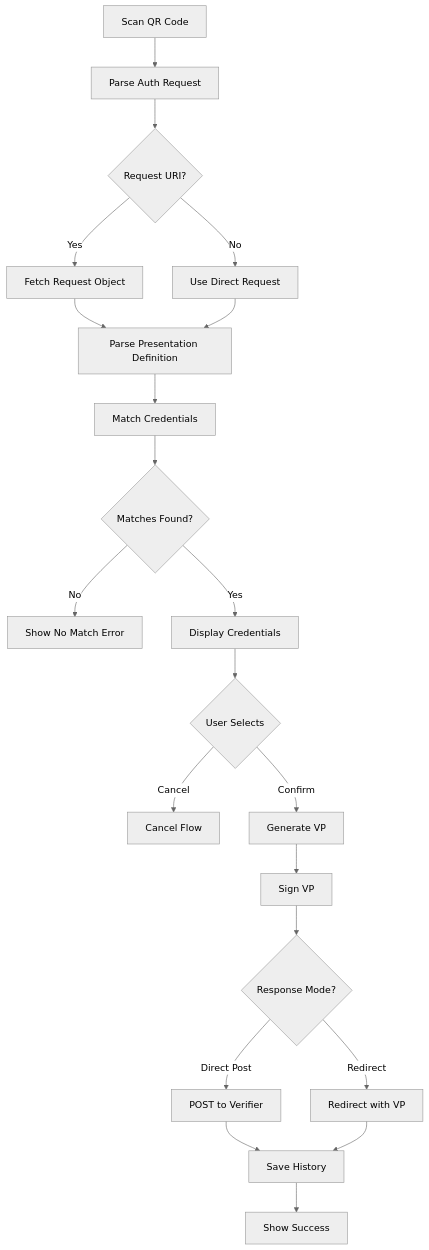
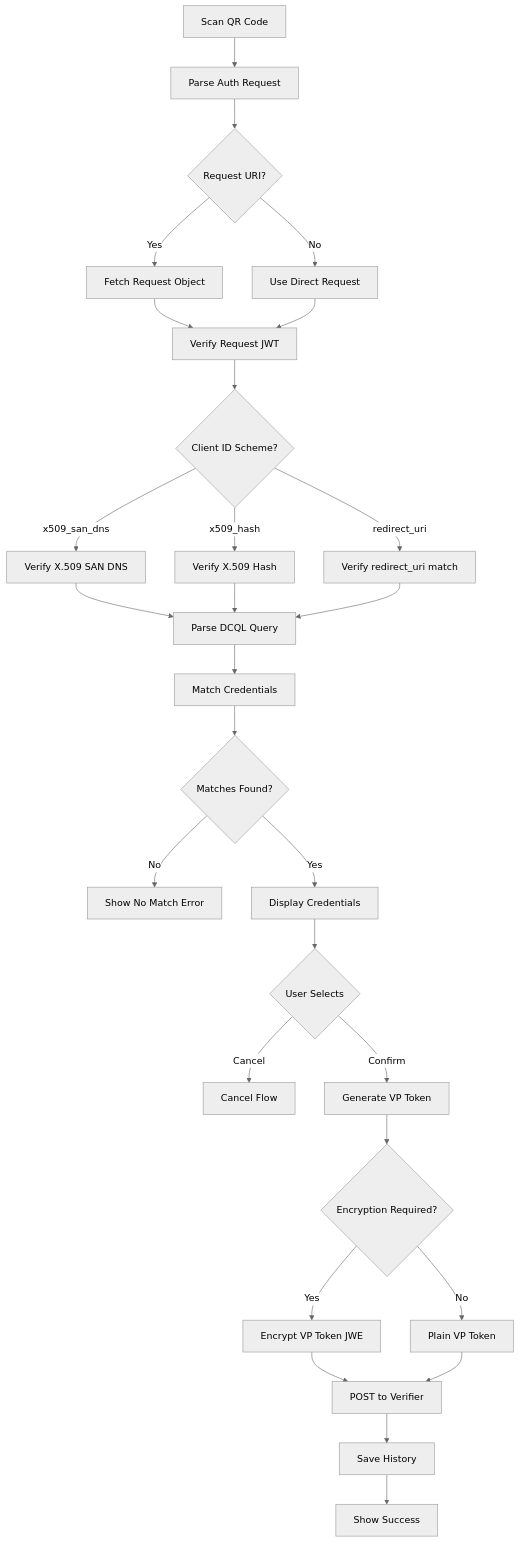
One commit to ryosuke-wakaba/OWND-Wallet-iOS changed the diagram in docs/features/credential-presentation.md. Above: the diagram before and after it, drawn with Mermaid (neutral theme). The commit also changed other lines of this file, not shown here.

First line of the commit message:
docs: Update credential-presentation.md for OID4VP 1.0

````diff
--- a/docs/features/credential-presentation.md
+++ b/docs/features/credential-presentation.md
@@ -109,23 +137,30 @@
 ```mermaid
 graph TD
     A[Scan QR Code] --> B[Parse Auth Request]
     B --> C{Request URI?}
     C -->|Yes| D[Fetch Request Object]
     C -->|No| E[Use Direct Request]
-    D --> F[Parse Presentation Definition]
+    D --> F[Verify Request JWT]
     E --> F
-    F --> G[Match Credentials]
-    G --> H{Matches Found?}
-    H -->|No| Z[Show No Match Error]
-    H -->|Yes| I[Display Credentials]
-    I --> J{User Selects}
-    J -->|Cancel| Y[Cancel Flow]
-    J -->|Confirm| K[Generate VP]
-    K --> L[Sign VP]
-    L --> M{Response Mode?}
-    M -->|Direct Post| N[POST to Verifier]
-    M -->|Redirect| O[Redirect with VP]
-    N --> P[Save History]
-    O --> P
-    P --> Q[Show Success]
+    F --> G{Client ID Scheme?}
+    G -->|x509_san_dns| H[Verify X.509 SAN DNS]
+    G -->|x509_hash| I[Verify X.509 Hash]
+    G -->|redirect_uri| J[Verify redirect_uri match]
+    H --> K[Parse DCQL Query]
+    I --> K
+    J --> K
+    K --> L[Match Credentials]
+    L --> M{Matches Found?}
+    M -->|No| Z[Show No Match Error]
+    M -->|Yes| N[Display Credentials]
+    N --> O{User Selects}
+    O -->|Cancel| Y[Cancel Flow]
+    O -->|Confirm| P[Generate VP Token]
+    P --> Q{Encryption Required?}
+    Q -->|Yes| R[Encrypt VP Token JWE]
+    Q -->|No| S[Plain VP Token]
+    R --> T[POST to Verifier]
+    S --> T
+    T --> U[Save History]
+    U --> V[Show Success]
 ```
````
